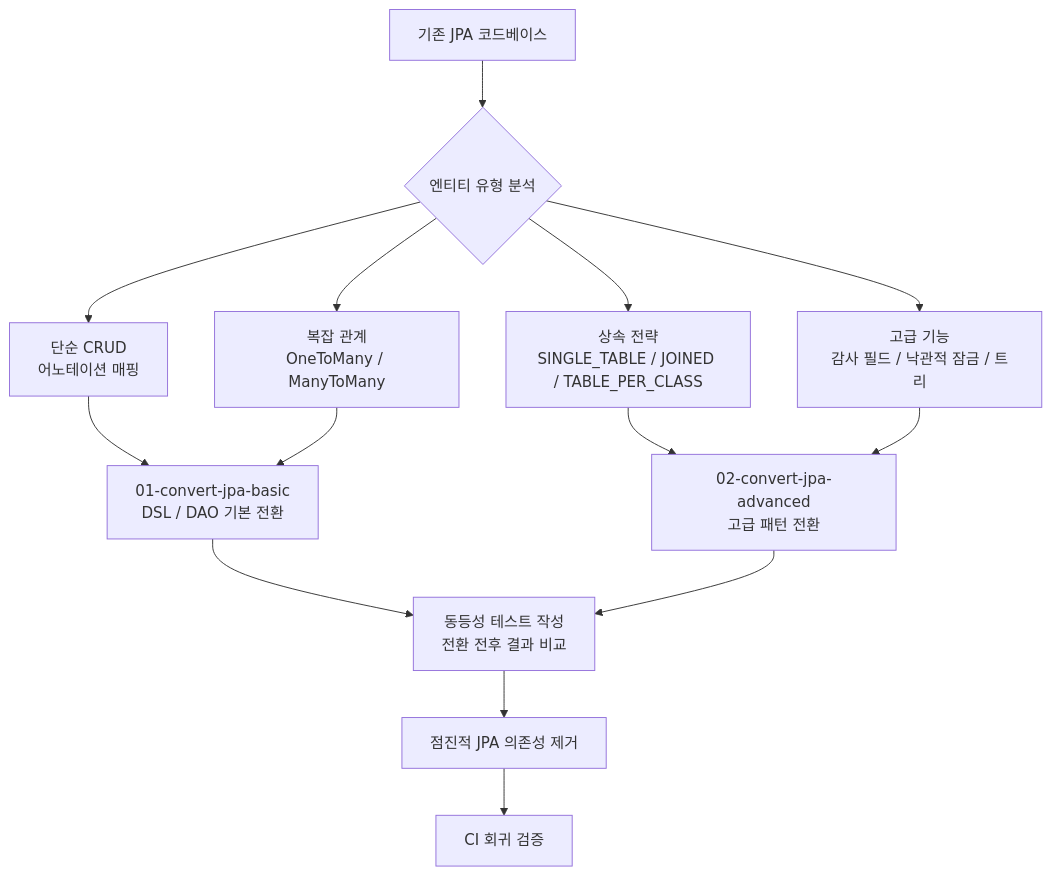
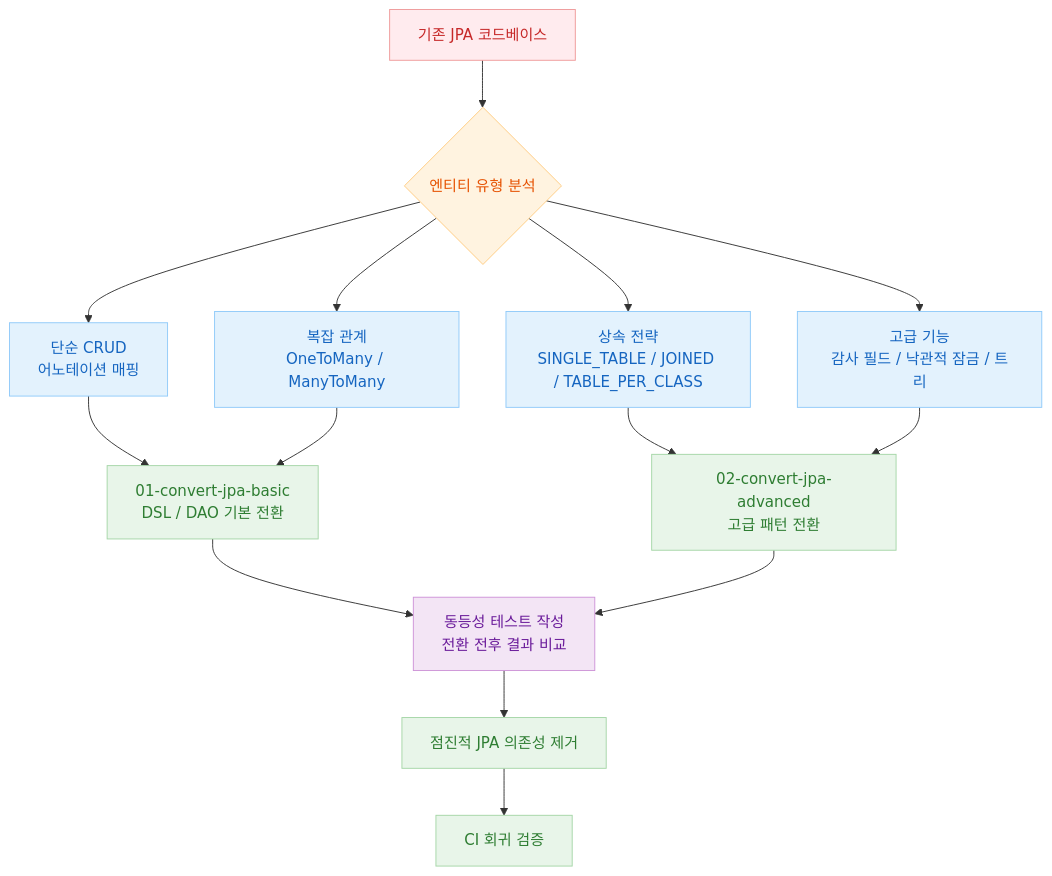
The third of 3 diagrams in 07-jpa/README.md (bluetape4k/exposed-workshop), drawn with Mermaid before and after one commit. The commit also changed other lines of this file and 56 other files, not shown here.

First line of the commit message:
docs: 전체 README mermaid 다이어그램에 파스텔 톤 색상 적용

````diff
--- a/07-jpa/README.md
+++ b/07-jpa/README.md
@@ -82,18 +98,31 @@
 ```mermaid
 flowchart TD
     A[기존 JPA 코드베이스] --> B{엔티티 유형 분석}
     B --> C[단순 CRUD\n어노테이션 매핑]
     B --> D[복잡 관계\nOneToMany / ManyToMany]
     B --> E[상속 전략\nSINGLE_TABLE / JOINED / TABLE_PER_CLASS]
     B --> F[고급 기능\n감사 필드 / 낙관적 잠금 / 트리]
 
     C --> G[01-convert-jpa-basic\nDSL / DAO 기본 전환]
     D --> G
     E --> H[02-convert-jpa-advanced\n고급 패턴 전환]
     F --> H
 
     G --> I[동등성 테스트 작성\n전환 전후 결과 비교]
     H --> I
     I --> J[점진적 JPA 의존성 제거]
     J --> K[CI 회귀 검증]
+
+    classDef red fill:#FFEBEE,stroke:#EF9A9A,color:#C62828
+    classDef blue fill:#E3F2FD,stroke:#90CAF9,color:#1565C0
+    classDef green fill:#E8F5E9,stroke:#A5D6A7,color:#2E7D32
+    classDef orange fill:#FFF3E0,stroke:#FFCC80,color:#E65100
+    classDef purple fill:#F3E5F5,stroke:#CE93D8,color:#6A1B9A
+
+    class A red
+    class B orange
+    class C,D,E,F blue
+    class G,H green
+    class I purple
+    class J,K green
 ```
````
